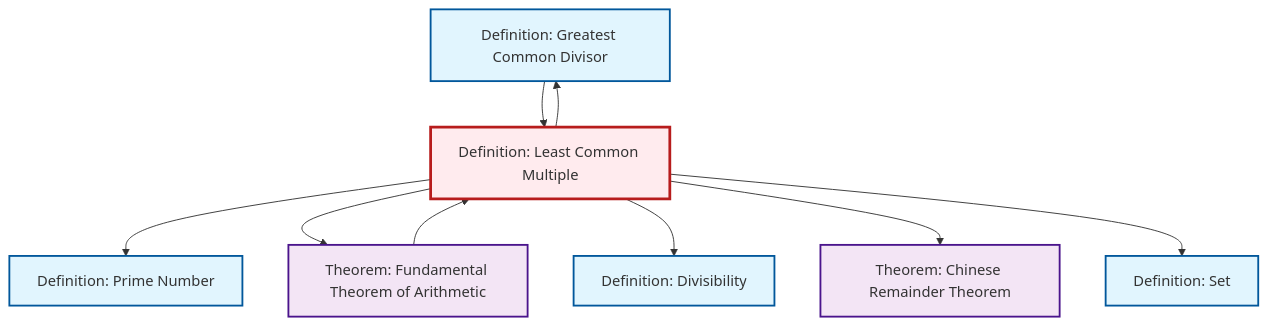
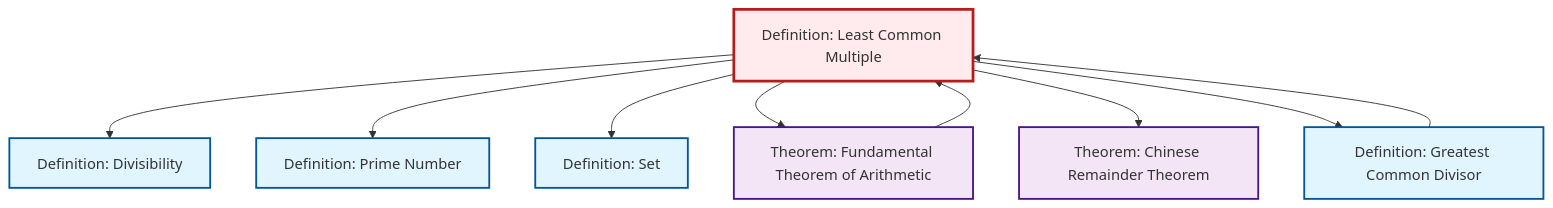
Before and after one commit to RK0429/ModernMath: the diagram in content/en/number-theory/def-lcm.qmd, drawn with Mermaid. The commit also changed other lines of this file and 672 other files, not shown here.

````diff
--- a/content/en/number-theory/def-lcm.qmd
+++ b/content/en/number-theory/def-lcm.qmd
@@ -83,31 +83,31 @@
 ```{mermaid}
 %%| fig-cap: "Local dependency graph"
 graph TD
     classDef definition fill:#e1f5fe,stroke:#01579b,stroke-width:2px
     classDef theorem fill:#f3e5f5,stroke:#4a148c,stroke-width:2px
     classDef axiom fill:#fff3e0,stroke:#e65100,stroke-width:2px
     classDef example fill:#e8f5e9,stroke:#1b5e20,stroke-width:2px
     classDef current fill:#ffebee,stroke:#b71c1c,stroke-width:3px
+    def-set["Definition: Set"]:::definition
+    def-lcm["Definition: Least Common Multiple"]:::definition
+    thm-fundamental-arithmetic["Theorem: Fundamental Theorem of Arithmetic"]:::theorem
+    def-prime["Definition: Prime Number"]:::definition
     def-gcd["Definition: Greatest Common Divisor"]:::definition
     thm-chinese-remainder["Theorem: Chinese Remainder Theorem"]:::theorem
-    def-lcm["Definition: Least Common Multiple"]:::definition
-    thm-fundamental-arithmetic["Theorem: Fundamental Theorem of Arithmetic"]:::theorem
     def-divisibility["Definition: Divisibility"]:::definition
-    def-set["Definition: Set"]:::definition
-    def-prime["Definition: Prime Number"]:::definition
+    def-lcm --> def-divisibility
     def-lcm --> def-prime
+    thm-fundamental-arithmetic --> def-lcm
+    def-lcm --> def-set
+    def-lcm --> thm-fundamental-arithmetic
+    def-lcm --> thm-chinese-remainder
+    def-gcd --> def-lcm
     def-lcm --> def-gcd
-    def-lcm --> thm-fundamental-arithmetic
-    def-lcm --> def-divisibility
-    def-lcm --> thm-chinese-remainder
-    thm-fundamental-arithmetic --> def-lcm
-    def-gcd --> def-lcm
-    def-lcm --> def-set
     class def-lcm current
+    click def-set "def-set.html" "Go to Set definition"
+    click thm-fundamental-arithmetic "thm-fundamental-arithmetic.html" "Go to Fundamental Theorem of Arithmetic theorem"
+    click def-prime "def-prime.html" "Go to Prime Number definition"
     click def-gcd "def-gcd.html" "Go to Greatest Common Divisor definition"
     click thm-chinese-remainder "thm-chinese-remainder.html" "Go to Chinese Remainder Theorem theorem"
-    click thm-fundamental-arithmetic "thm-fundamental-arithmetic.html" "Go to Fundamental Theorem of Arithmetic theorem"
     click def-divisibility "def-divisibility.html" "Go to Divisibility definition"
-    click def-set "def-set.html" "Go to Set definition"
-    click def-prime "def-prime.html" "Go to Prime Number definition"
 ```
````
